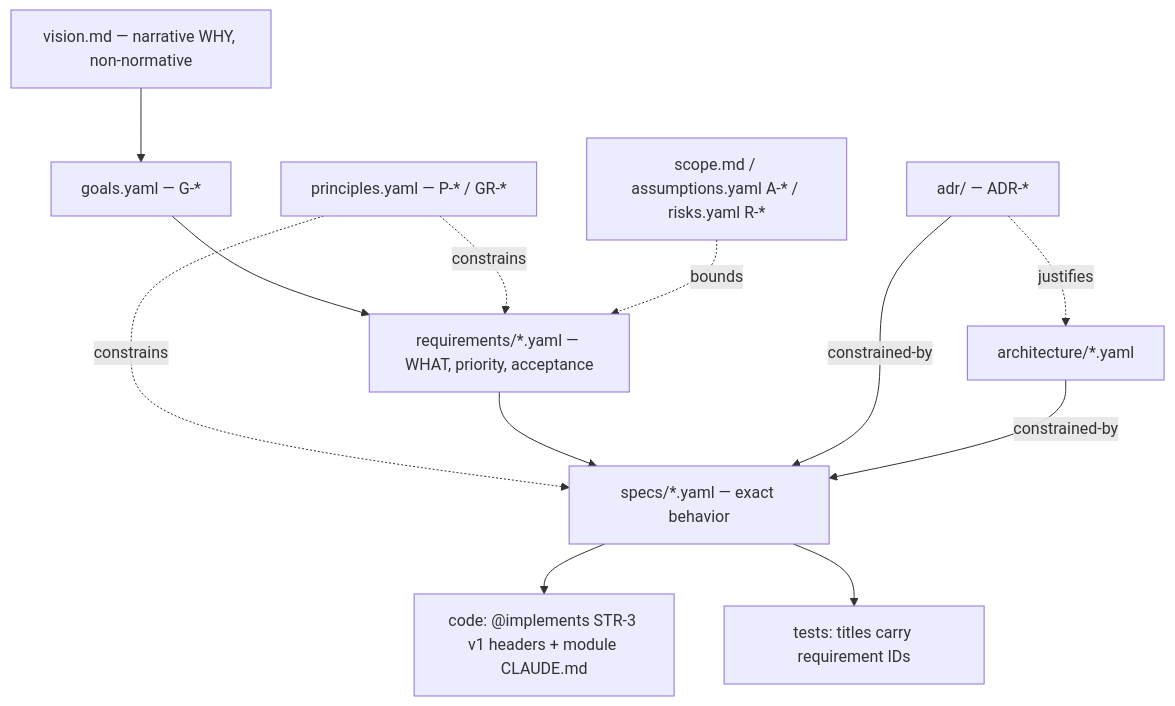
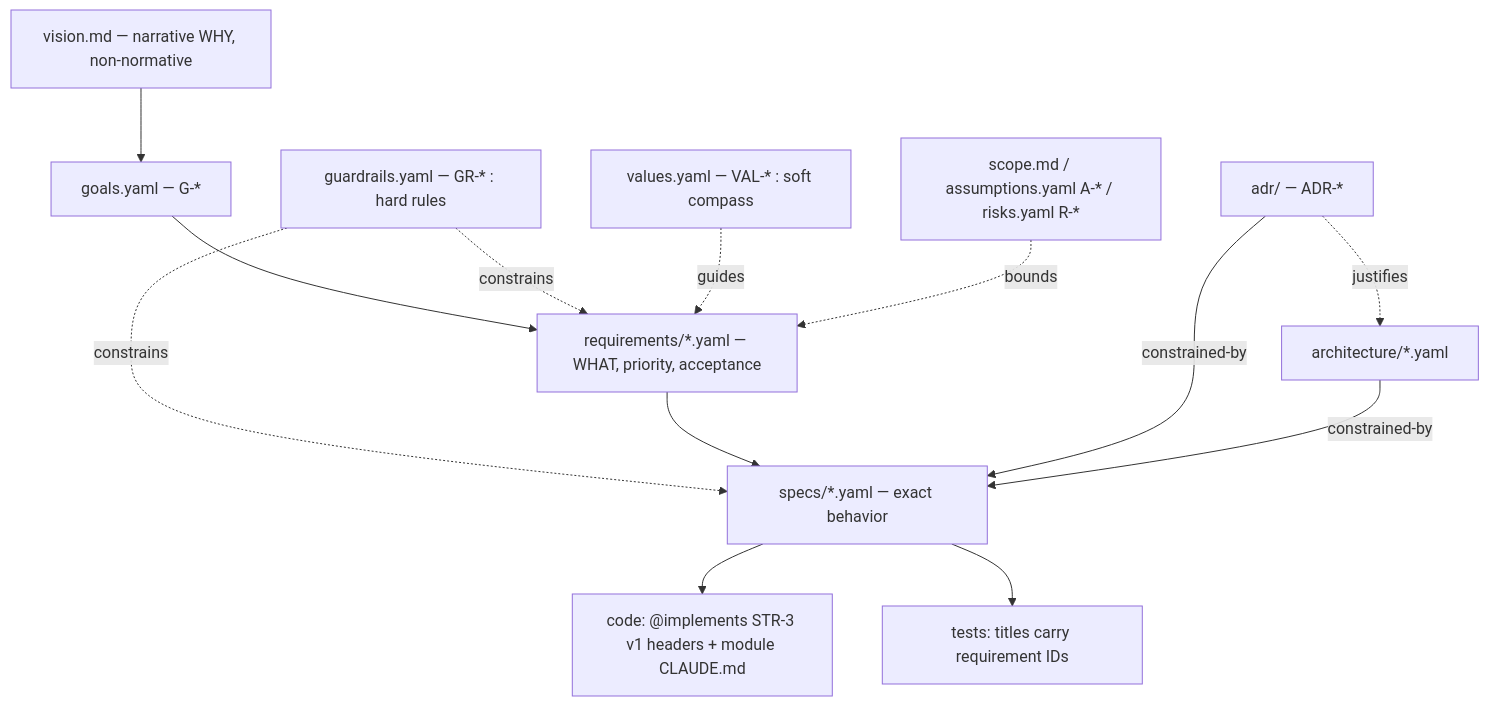
One commit to jetdream/steward changed the diagram in .spec/CLAUDE.md. Above: the diagram before and after it, drawn with Mermaid. The commit also changed other lines of this file and 44 other files, not shown here.

First line of the commit message:
Migrate to cortex v0.13.0 (Phases 1–3): excision, values/guardrails, design-elements

````diff
--- a/.spec/CLAUDE.md
+++ b/.spec/CLAUDE.md
@@ -13,14 +13,15 @@
 ```mermaid
 graph TD
   V[vision.md — narrative WHY, non-normative] --> G[goals.yaml — G-*]
   G --> REQ[requirements/*.yaml — WHAT, priority, acceptance]
-  P[principles.yaml — P-* / GR-*] -.constrains.-> REQ
-  P -.constrains.-> SPEC
+  GR[guardrails.yaml — GR-* : hard rules] -.constrains.-> REQ
+  GR -.constrains.-> SPEC
+  VAL[values.yaml — VAL-* : soft compass] -.guides.-> REQ
   SC[scope.md / assumptions.yaml A-* / risks.yaml R-*] -.bounds.-> REQ
   REQ --> SPEC[specs/*.yaml — exact behavior]
   ADR[adr/ — ADR-*] -.justifies.-> ARCH[architecture/*.yaml]
   ADR -- constrained-by --> SPEC
   ARCH -- constrained-by --> SPEC
   SPEC --> CODE["code: @implements STR-3 v1 headers + module CLAUDE.md"]
   SPEC --> TEST[tests: titles carry requirement IDs]
 ```
````
